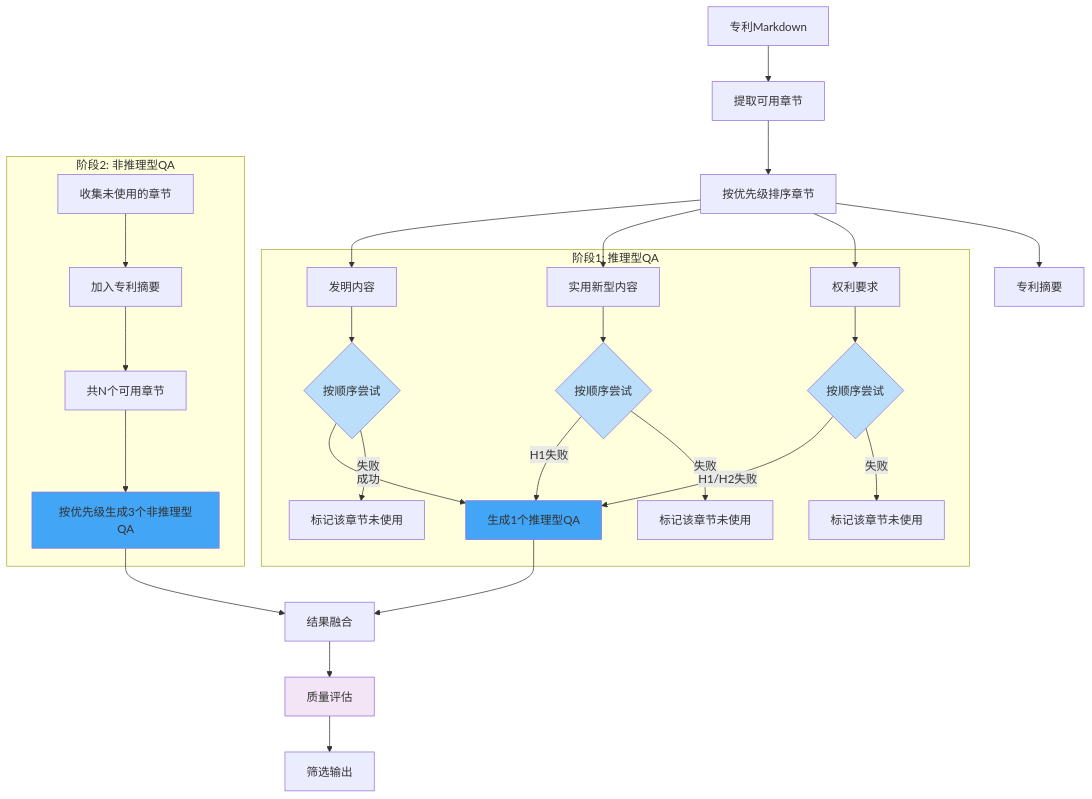
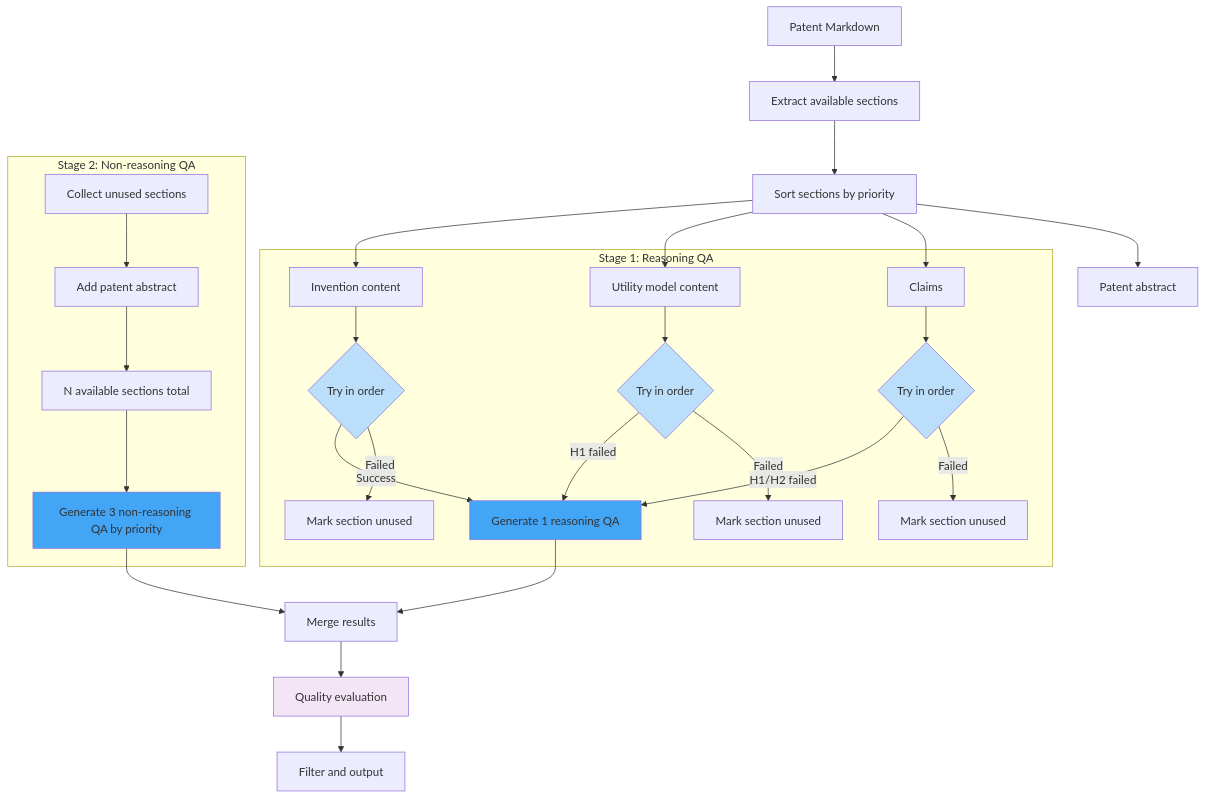
Before and after one commit to JackKuo666/QALoop: the fourth of 4 diagrams in pipelines/patent_synthesis/README.md, drawn with Mermaid. The commit also changed other lines of this file and 25 other files, not shown here.

````diff
--- a/pipelines/patent_synthesis/README.md
+++ b/pipelines/patent_synthesis/README.md
@@ -302,41 +302,41 @@
 ```mermaid
 flowchart TD
-    A[专利Markdown] --> B[提取可用章节]
+    A[Patent Markdown] --> B[Extract available sections]
 
-    B --> C[按优先级排序章节]
+    B --> C[Sort sections by priority]
 
-    C --> D[发明内容]
-    C --> E[实用新型内容]
-    C --> F[权利要求]
-    C --> G[专利摘要]
+    C --> D[Invention content]
+    C --> E[Utility model content]
+    C --> F[Claims]
+    C --> G[Patent abstract]
 
-    subgraph 推理型QA生成[阶段1: 推理型QA]
-        D --> H1{按顺序尝试}
-        E --> H2{按顺序尝试}
-        F --> H3{按顺序尝试}
-        H1 -->|成功| I1[生成1个推理型QA]
-        H2 -->|H1失败| I1
-        H3 -->|H1/H2失败| I1
-        H1 -->|失败| J1[标记该章节未使用]
-        H2 -->|失败| J2[标记该章节未使用]
-        H3 -->|失败| J3[标记该章节未使用]
+    subgraph Reasoning QA[Stage 1: Reasoning QA]
+        D --> H1{Try in order}
+        E --> H2{Try in order}
+        F --> H3{Try in order}
+        H1 -->|Success| I1[Generate 1 reasoning QA]
+        H2 -->|H1 failed| I1
+        H3 -->|H1/H2 failed| I1
+        H1 -->|Failed| J1[Mark section unused]
+        H2 -->|Failed| J2[Mark section unused]
+        H3 -->|Failed| J3[Mark section unused]
     end
 
-    subgraph 非推理型QA生成[阶段2: 非推理型QA]
-        K[收集未使用的章节] --> L[加入专利摘要]
-        L --> M[共N个可用章节]
-        M --> N[按优先级生成3个非推理型QA]
+    subgraph Non-Reasoning QA[Stage 2: Non-reasoning QA]
+        K[Collect unused sections] --> L[Add patent abstract]
+        L --> M[N available sections total]
+        M --> N[Generate 3 non-reasoning QA by priority]
     end
 
-    I1 --> O[结果融合]
+    I1 --> O[Merge results]
     N --> O
-    O --> P[质量评估]
-    P --> Q[筛选输出]
+    O --> P[Quality evaluation]
+    P --> Q[Filter and output]
 
     style H1 fill:#bbdefb
     style H2 fill:#bbdefb
     style H3 fill:#bbdefb
     style I1 fill:#42a5f5
     style N fill:#42a5f5
     style P fill:#f3e5f5
 ```
````
